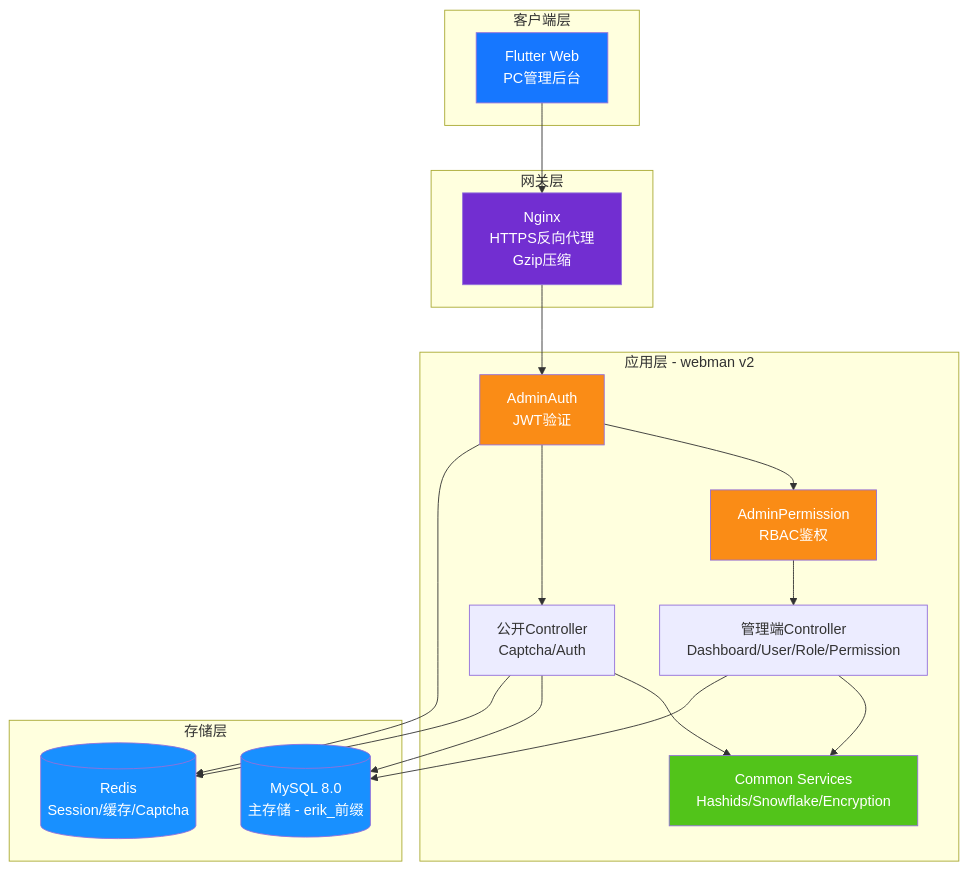
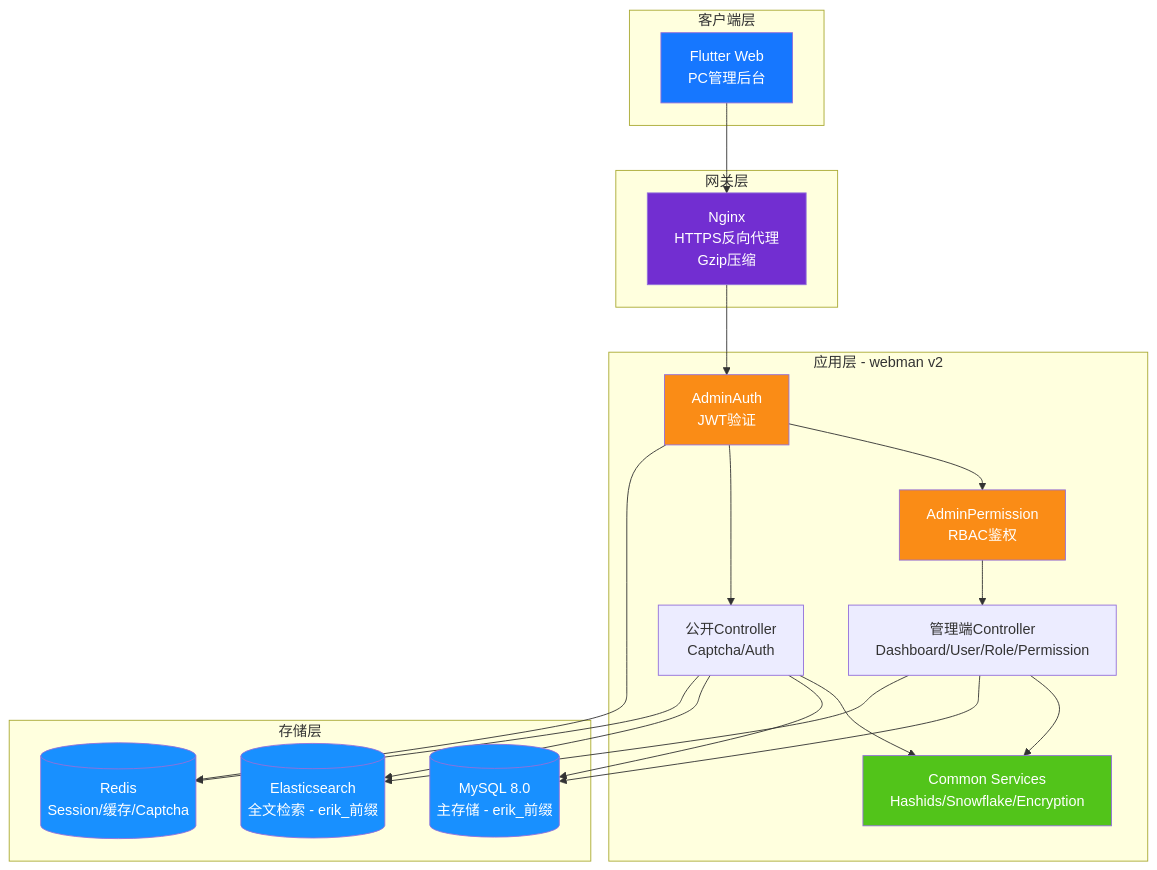
One commit to erikwang2013/social changed the diagram in admin/docs/diagrams/01-system-architecture.md. Above: the diagram before and after it, drawn with Mermaid. The commit also changed 11 other files, not shown here.

````diff
--- a/admin/docs/diagrams/01-system-architecture.md
+++ b/admin/docs/diagrams/01-system-architecture.md
@@ -3,43 +3,47 @@
 ```mermaid
 flowchart TB
     subgraph clients["客户端层"]
         flutter["Flutter Web<br/>PC管理后台"]
     end
 
     subgraph gateway["网关层"]
         nginx["Nginx<br/>HTTPS反向代理<br/>Gzip压缩"]
     end
 
     subgraph app["应用层 - webman v2"]
         auth["AdminAuth<br/>JWT验证"]
         perm["AdminPermission<br/>RBAC鉴权"]
         admin["管理端Controller<br/>Dashboard/User/Role/Permission"]
         public["公开Controller<br/>Captcha/Auth"]
         common["Common Services<br/>Hashids/Snowflake/Encryption"]
     end
 
     subgraph storage["存储层"]
         mysql[("MySQL 8.0<br/>主存储 - erik_前缀")]
+        es[("Elasticsearch<br/>全文检索 - erik_前缀")]
         redis[("Redis<br/>Session/缓存/Captcha")]
     end
 
     flutter --> nginx
     nginx --> auth
     auth --> perm
     perm --> admin
     auth --> public
     admin --> common
     public --> common
     admin --> mysql
     public --> mysql
+    admin --> es
+    public --> es
     auth --> redis
     public --> redis
 
     style flutter fill:#1677FF,color:#fff
     style nginx fill:#722ED1,color:#fff
     style auth fill:#FA8C16,color:#fff
     style perm fill:#FA8C16,color:#fff
     style common fill:#52C41A,color:#fff
     style mysql fill:#1890FF,color:#fff
+    style es fill:#1890FF,color:#fff
     style redis fill:#1890FF,color:#fff
 ```
````
